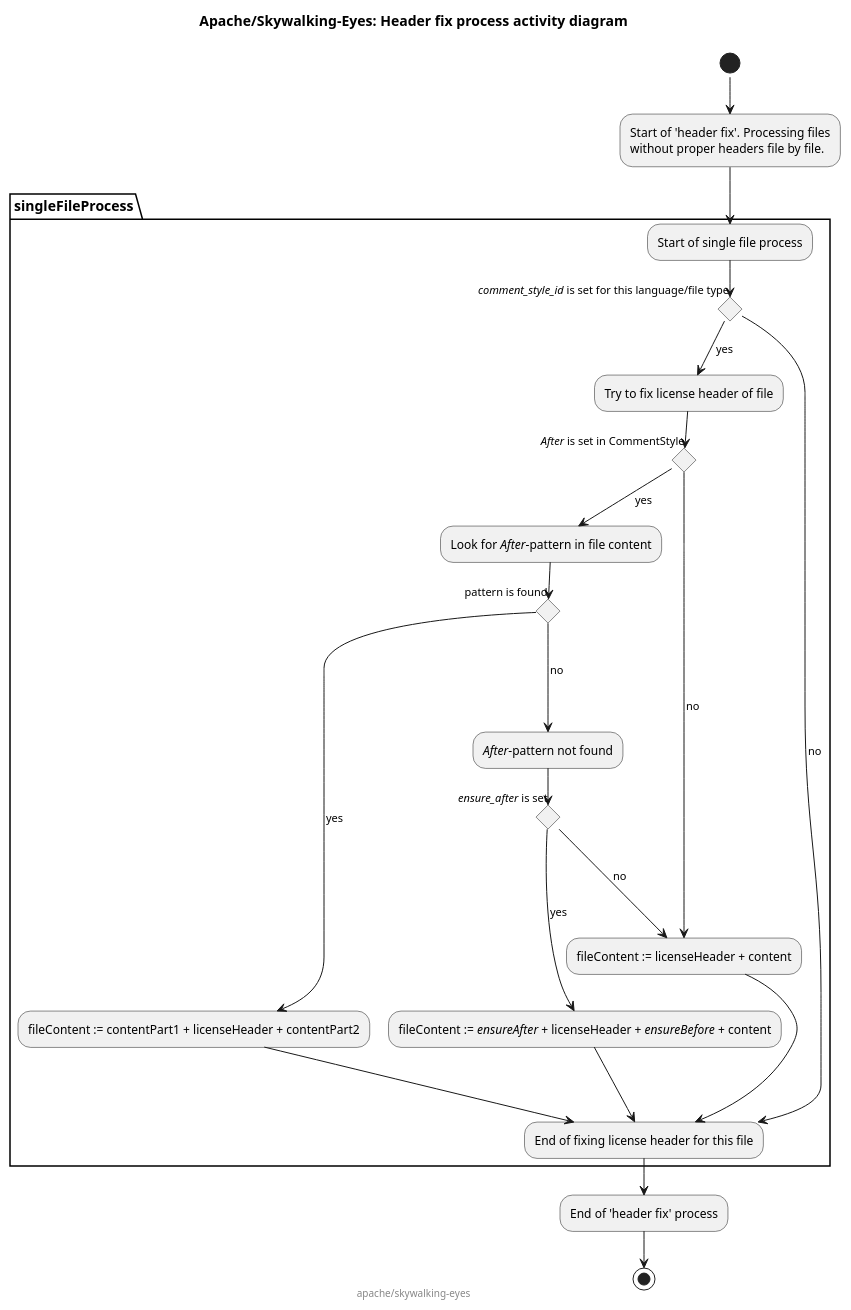
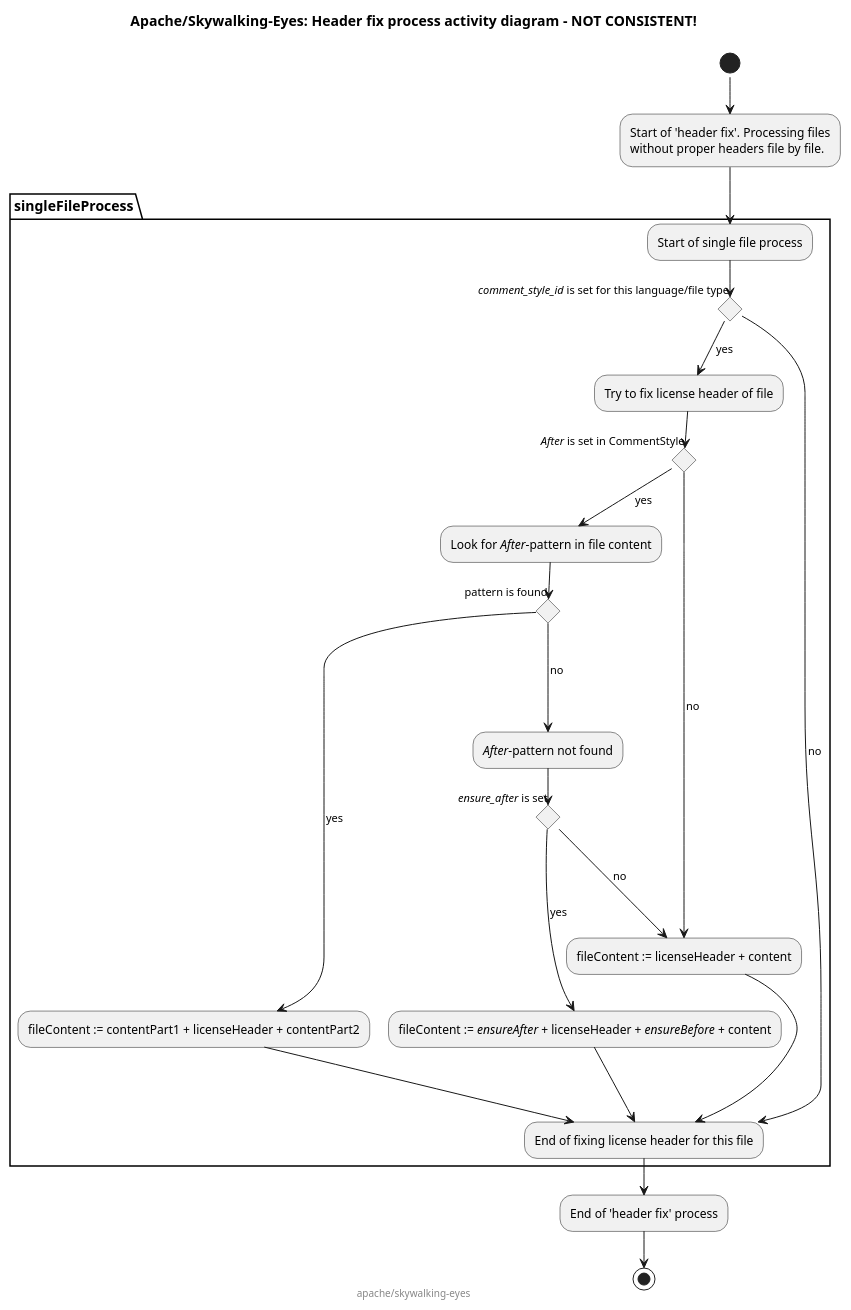
Before and after one commit to apache/skywalking-eyes: the diagram in docs/header_fix_logic.plantuml, drawn with PlantUML. The commit also changed 2 other files, not shown here.

Commit message:
[docs] next test of new GitHub CI plantuml consistency job.

```diff
--- a/docs/header_fix_logic.plantuml
+++ b/docs/header_fix_logic.plantuml
@@ -1,63 +1,63 @@
 @startuml
 
 ' Licensed to Apache Software Foundation (ASF) under one or more contributor
 ' license agreements. See the NOTICE file distributed with
 ' this work for additional information regarding copyright
 ' ownership. Apache Software Foundation (ASF) licenses this file to you under
 ' the Apache License, Version 2.0 (the "License"); you may
 ' not use this file except in compliance with the License.
 ' You may obtain a copy of the License at
 '
 '     http://www.apache.org/licenses/LICENSE-2.0
 '
 ' Unless required by applicable law or agreed to in writing,
 ' software distributed under the License is distributed on an
 ' "AS IS" BASIS, WITHOUT WARRANTIES OR CONDITIONS OF ANY
 ' KIND, either express or implied.  See the License for the
 ' specific language governing permissions and limitations
 ' under the License.
 
 ' the following line cares about avoiding the need of graphviz dependency by PlantUML (in CI))
 !pragma layout smetana
 
-title "Apache/Skywalking-Eyes: Header fix process activity diagram"
+title "Apache/Skywalking-Eyes: Header fix process activity diagram - NOT CONSISTENT!"
 footer apache/skywalking-eyes
 
 (*) --> "Start of 'header fix'. Processing files\nwithout proper headers file by file." as startNode
 
 partition singleFileProcess {
 startNode --> "Start of single file process" as startFileNode
 
 if "<i>comment_style_id</i> is set for this language/file type" then
     -->[yes] "Try to fix license header of file"
 
     if <i>After</i> is set in CommentStyle then
         -->[yes] Look for <i>After</i>-pattern in file content
 
         if pattern is found then
             ------->[yes] "fileContent := contentPart1 + licenseHeader + contentPart2"
             ---> "End of fixing license header for this file" as endFileProcessingNode
         else
             --->[no] "<i>After</i>-pattern not found"
 
             if "<i>ensure_after</i> is set" then
                 ---->[yes] "fileContent := <i>ensureAfter</i> + licenseHeader + <i>ensureBefore</i> + content"
                 ---> endFileProcessingNode
             else
                 --->[no] "fileContent := licenseHeader + content" as defaultHeaderFix
             endif
 
         endif
     else
         -->[no] defaultHeaderFix
         ---> endFileProcessingNode
     endif
 else
     ---->[no] endFileProcessingNode
 endif
 }
 
 endFileProcessingNode --> "End of 'header fix' process" as endNode
 endNode --> (*)
 
 @enduml
```
